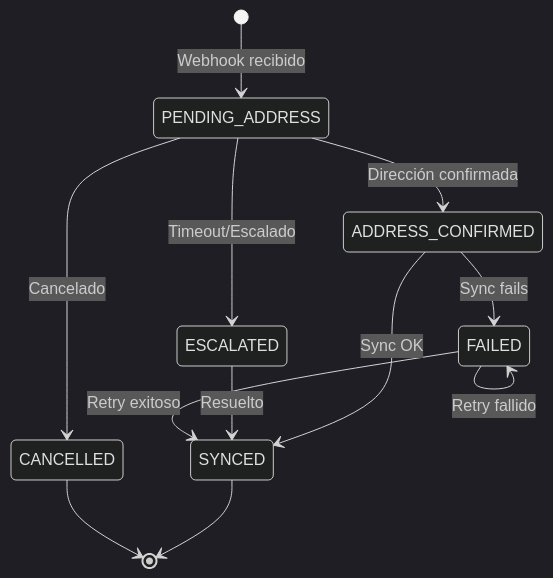
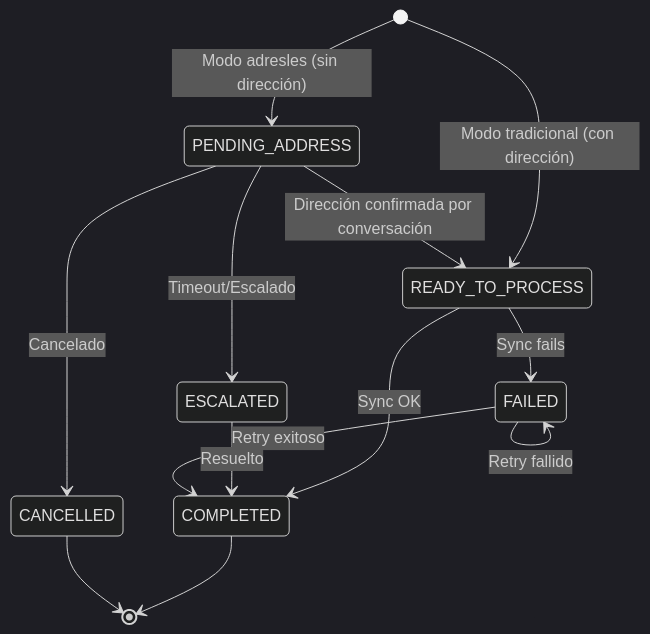
Before and after one commit to LIDR-academy/AI4Devs-finalproject: the fifth of 6 diagrams in readme.md, drawn with Mermaid (dark theme). The commit also changed other lines of this file, not shown here.

First line of the commit message:
Update README.md to reflect implementation status of key features in Adresles project

````diff
--- a/readme.md
+++ b/readme.md
@@ -1242,19 +1242,20 @@
 ```mermaid
 stateDiagram-v2
-    [*] --> PENDING_ADDRESS : Webhook recibido
+    [*] --> PENDING_ADDRESS : Modo adresles (sin dirección)
+    [*] --> READY_TO_PROCESS : Modo tradicional (con dirección)
 
-    PENDING_ADDRESS --> ADDRESS_CONFIRMED : Dirección confirmada
+    PENDING_ADDRESS --> READY_TO_PROCESS : Dirección confirmada por conversación
     PENDING_ADDRESS --> ESCALATED : Timeout/Escalado
     PENDING_ADDRESS --> CANCELLED : Cancelado
 
-    ADDRESS_CONFIRMED --> SYNCED : Sync OK
-    ADDRESS_CONFIRMED --> FAILED : Sync fails
+    READY_TO_PROCESS --> COMPLETED : Sync OK
+    READY_TO_PROCESS --> FAILED : Sync fails
 
-    ESCALATED --> SYNCED : Resuelto
+    ESCALATED --> COMPLETED : Resuelto
 
-    FAILED --> SYNCED : Retry exitoso
+    FAILED --> COMPLETED : Retry exitoso
     FAILED --> FAILED : Retry fallido
 
-    SYNCED --> [*]
+    COMPLETED --> [*]
     CANCELLED --> [*]
 ```
````
